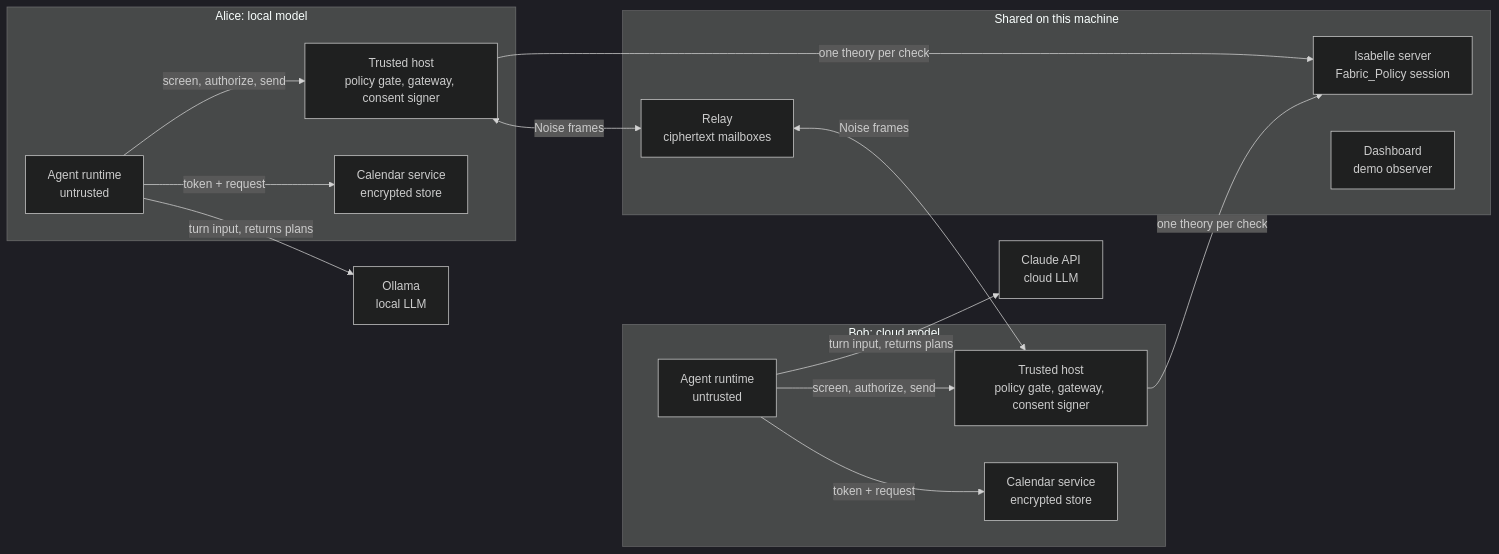
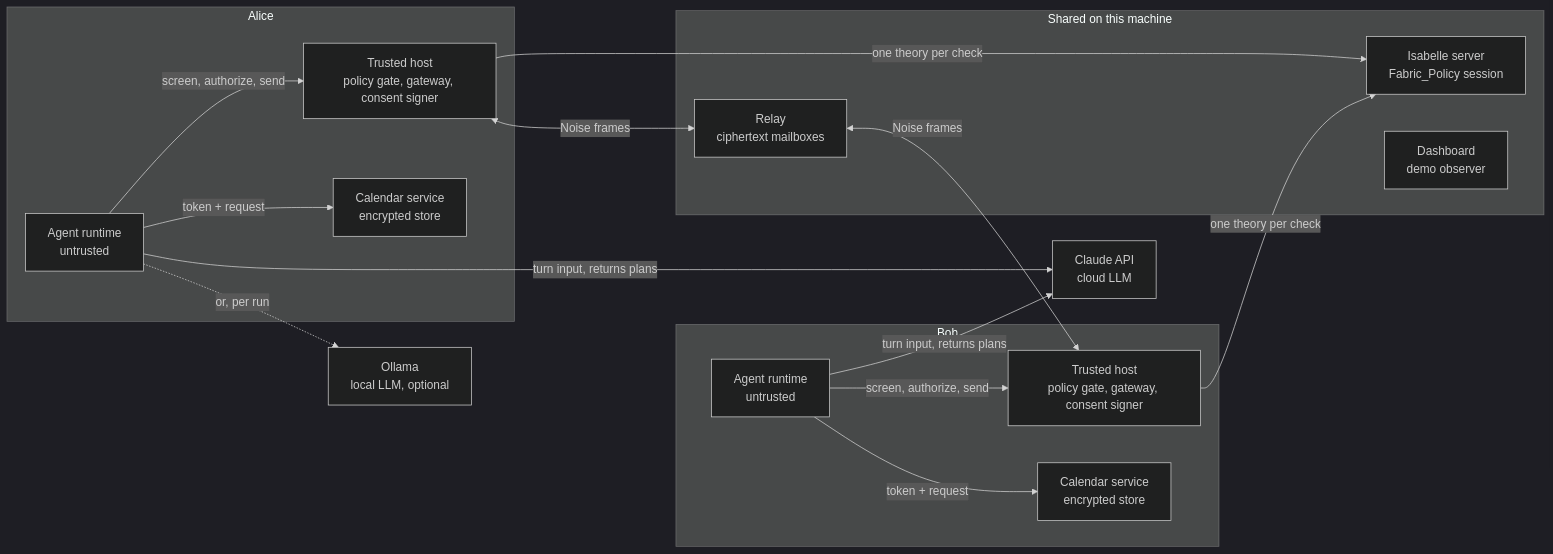
Before and after one commit to aregm/fabric: the first of 2 diagrams in docs/isabelle-calendar-demo.md, drawn with Mermaid (dark theme). The commit also changed other lines of this file, not shown here.

````diff
--- a/docs/isabelle-calendar-demo.md
+++ b/docs/isabelle-calendar-demo.md
@@ -112,31 +113,32 @@
 ```mermaid
 flowchart LR
-    subgraph AliceSide["Alice: local model"]
+    subgraph AliceSide["Alice"]
         AAgent["Agent runtime<br/>untrusted"]
         AHost["Trusted host<br/>policy gate, gateway, consent signer"]
         ACal["Calendar service<br/>encrypted store"]
     end
     subgraph Shared["Shared on this machine"]
         Isa["Isabelle server<br/>Fabric_Policy session"]
         Relay["Relay<br/>ciphertext mailboxes"]
         Dash["Dashboard<br/>demo observer"]
     end
-    subgraph BobSide["Bob: cloud model"]
+    subgraph BobSide["Bob"]
         BAgent["Agent runtime<br/>untrusted"]
         BHost["Trusted host<br/>policy gate, gateway, consent signer"]
         BCal["Calendar service<br/>encrypted store"]
     end
-    Ollama["Ollama<br/>local LLM"]
+    Ollama["Ollama<br/>local LLM, optional"]
     Claude["Claude API<br/>cloud LLM"]
 
-    AAgent -->|"turn input, returns plans"| Ollama
+    AAgent -->|"turn input, returns plans"| Claude
     BAgent -->|"turn input, returns plans"| Claude
+    AAgent -.->|"or, per run"| Ollama
     AAgent -->|"screen, authorize, send"| AHost
     BAgent -->|"screen, authorize, send"| BHost
     AHost -->|"one theory per check"| Isa
     BHost -->|"one theory per check"| Isa
     AAgent -->|"token + request"| ACal
     BAgent -->|"token + request"| BCal
     AHost <-->|"Noise frames"| Relay
     Relay <-->|"Noise frames"| BHost
 ```
````
